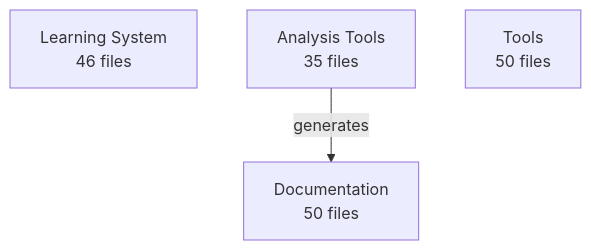
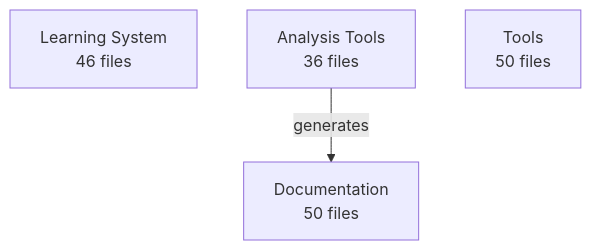
The diagram in analysis/architecture/architecture.mmd (enufacas/Chained), drawn with Mermaid before and after one commit. The commit also changed 6 other files, not shown here.

First line of the commit message:
🏗️ Update architecture evolution tracking

```diff
--- a/analysis/architecture/architecture.mmd
+++ b/analysis/architecture/architecture.mmd
@@ -1,6 +1,6 @@
 graph TD
     learning_system[Learning System<br/>46 files]
-    analysis_tools[Analysis Tools<br/>35 files]
+    analysis_tools[Analysis Tools<br/>36 files]
     documentation[Documentation<br/>50 files]
     tools[Tools<br/>50 files]
     analysis_tools -->|generates| documentation
```
